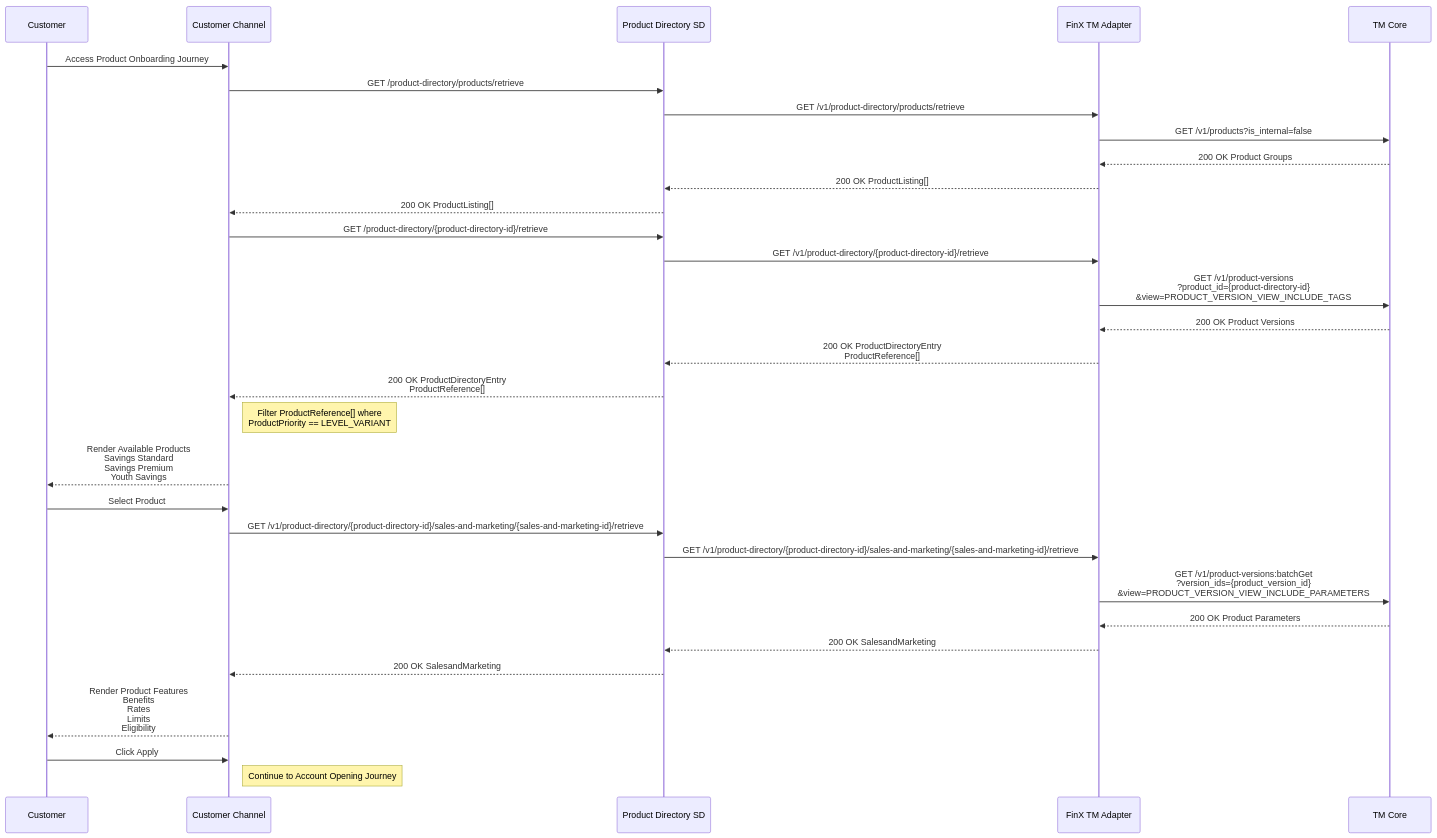
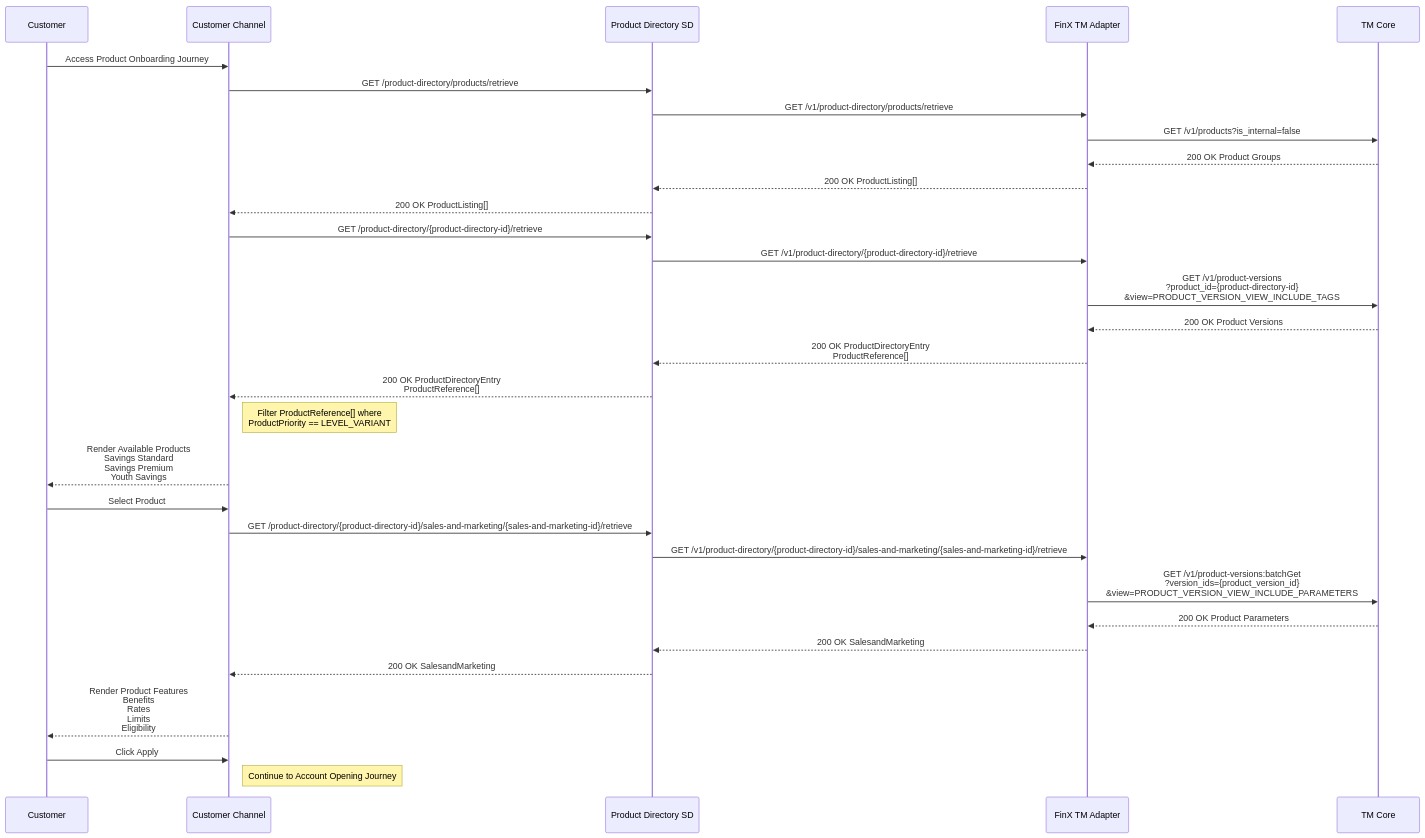
One commit to Simhadrikiran-295217/adapter-api-flows changed the diagram in View Product Templates and Variants from core system.md. Above: the diagram before and after it, drawn with Mermaid.

Commit message:
Update View Product Templates and Variants from core system.md

```diff
--- a/View Product Templates and Variants from core system.md
+++ b/View Product Templates and Variants from core system.md
@@ -59,7 +59,7 @@
     Customer->>Channel: Select Product
 
 
-    Channel->>PD: GET /v1/product-directory/{product-directory-id}/sales-and-marketing/{sales-and-marketing-id}/retrieve
+    Channel->>PD: GET /product-directory/{product-directory-id}/sales-and-marketing/{sales-and-marketing-id}/retrieve
 
 
     PD->>Adapter: GET /v1/product-directory/{product-directory-id}/sales-and-marketing/{sales-and-marketing-id}/retrieve
```
